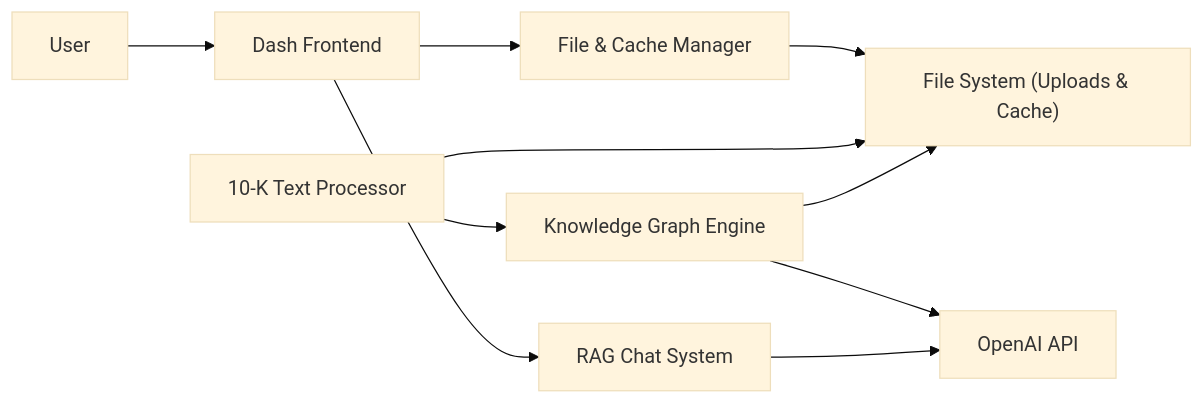
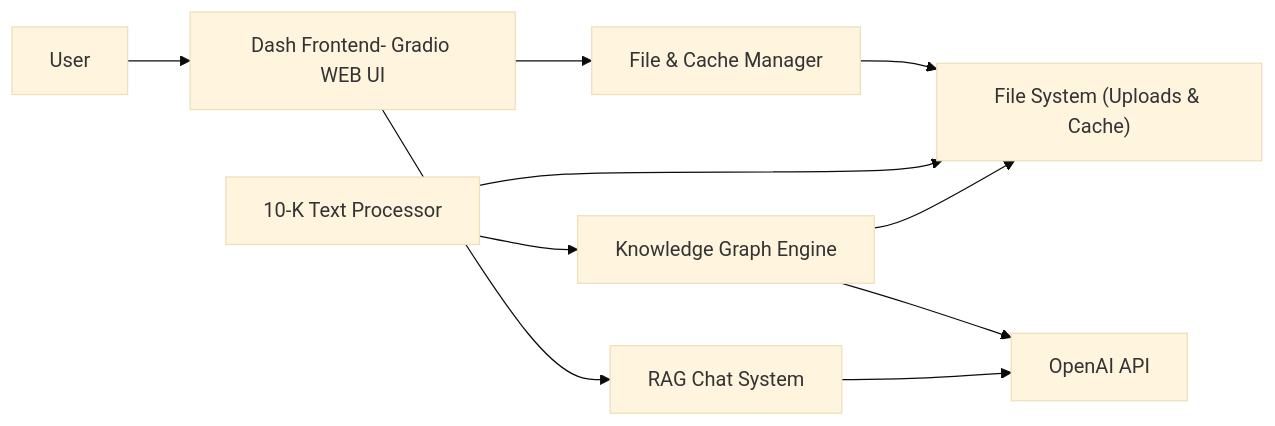
One commit to Rogan-afk/Fom10k_Graph_RAG_Analyzer changed the first of 2 diagrams in README.md. Above: the diagram before and after it, drawn with Mermaid (base theme). The commit also changed other lines of this file, not shown here.

````diff
--- a/README.md
+++ b/README.md
@@ -154,21 +153,21 @@
 ```mermaid
 flowchart LR
     U["User"]
-    A["Dash Frontend"]
+    A["Dash Frontend- Gradio WEB UI"]
     B["File & Cache Manager"]
     C["10-K Text Processor"]
     D["Knowledge Graph Engine"]
     E["RAG Chat System"]
     F["OpenAI API"]
     G["File System (Uploads & Cache)"]
 
     U --> A
     A --> B
     A --> E
     B --> G
     C --> D
     D --> F
     E --> F
     C --> G
     D --> G
 ```
````
